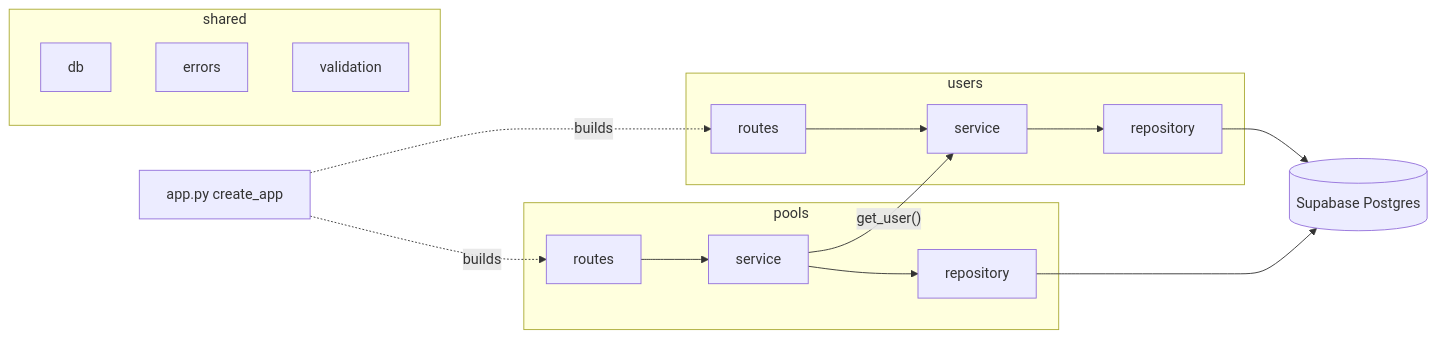
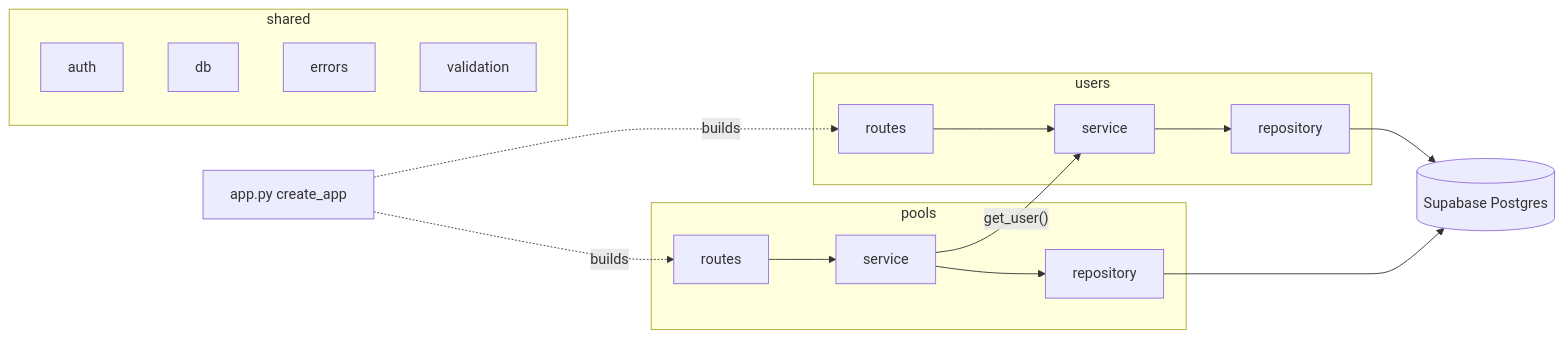
One commit to MESW-LES-2627/les-project-group-8 changed the first of 3 diagrams in docs/architecture.md. Above: the diagram before and after it, drawn with Mermaid. The commit also changed other lines of this file and 9 other files, not shown here.

````diff
--- a/docs/architecture.md
+++ b/docs/architecture.md
@@ -33,20 +35,21 @@
 ```mermaid
 flowchart LR
   App["app.py create_app"]
   subgraph usersModule [users]
     UR[routes] --> US[service] --> URepo[repository]
   end
   subgraph poolsModule [pools]
     PR[routes] --> PS[service] --> PRepo[repository]
   end
   subgraph sharedModule [shared]
+    AUTH[auth]
     DB[db]
     ERR[errors]
     VAL[validation]
   end
   App -.builds.-> UR
   App -.builds.-> PR
   PS -->|"get_user()"| US
   URepo --> Supabase[(Supabase Postgres)]
   PRepo --> Supabase
 ```
````
